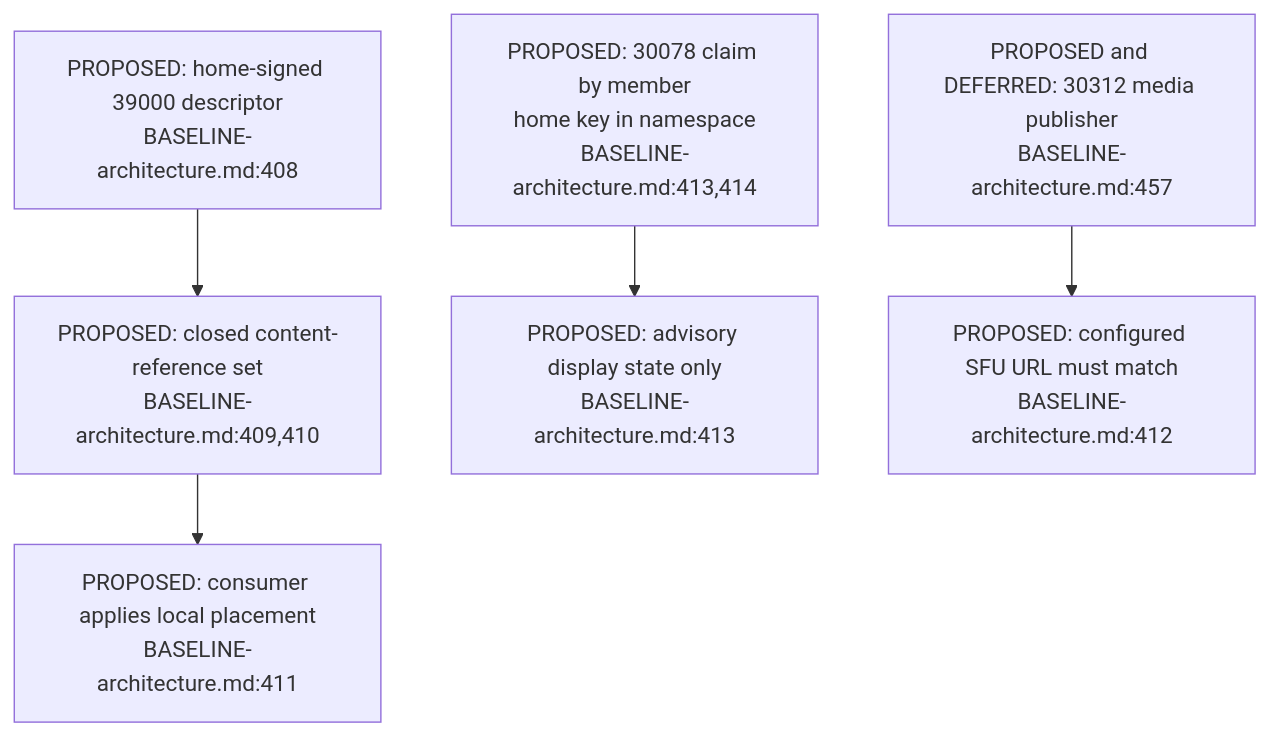
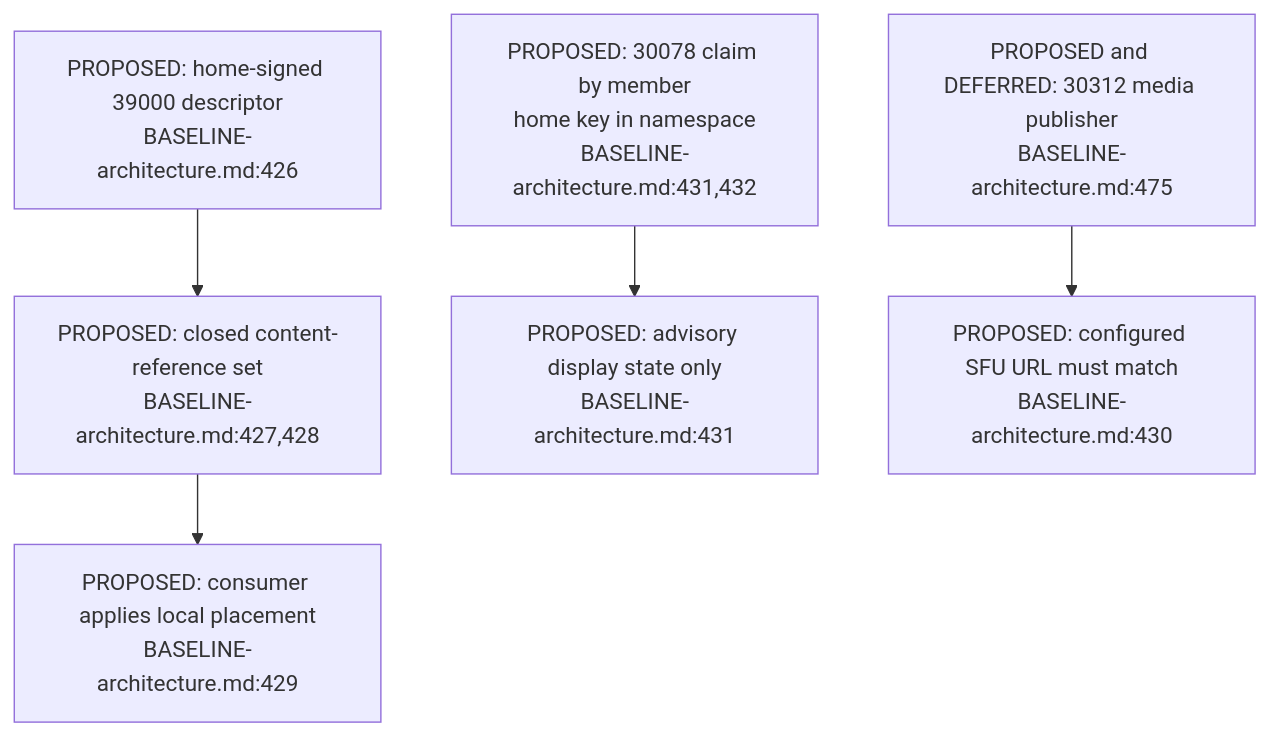
Before and after one commit to DreamLab-AI/VisionFlow: the third of 3 diagrams in docs/diagrams/nostr-rust-forum/14-proposed-group-replication-and-spaces.md, drawn with Mermaid. The commit also changed other lines of this file and 23 other files, not shown here.

First line of the commit message:
docs(diagrams): pass C nostr-rust-forum area re-verified at de31aaa

````diff
--- a/docs/diagrams/nostr-rust-forum/14-proposed-group-replication-and-spaces.md
+++ b/docs/diagrams/nostr-rust-forum/14-proposed-group-replication-and-spaces.md
@@ -53,7 +53,7 @@
 ```mermaid
 flowchart TD
-    META["PROPOSED: home-signed 39000 descriptor<br/>BASELINE-architecture.md:408"] --> REFS["PROPOSED: closed content-reference set<br/>BASELINE-architecture.md:409,410"]
-    REFS --> PLACE["PROPOSED: consumer applies local placement<br/>BASELINE-architecture.md:411"]
-    CLAIM["PROPOSED: 30078 claim by member<br/>home key in namespace<br/>BASELINE-architecture.md:413,414"] --> DISPLAY["PROPOSED: advisory display state only<br/>BASELINE-architecture.md:413"]
-    VOICE["PROPOSED and DEFERRED: 30312 media publisher<br/>BASELINE-architecture.md:457"] --> URL["PROPOSED: configured SFU URL must match<br/>BASELINE-architecture.md:412"]
+    META["PROPOSED: home-signed 39000 descriptor<br/>BASELINE-architecture.md:426"] --> REFS["PROPOSED: closed content-reference set<br/>BASELINE-architecture.md:427,428"]
+    REFS --> PLACE["PROPOSED: consumer applies local placement<br/>BASELINE-architecture.md:429"]
+    CLAIM["PROPOSED: 30078 claim by member<br/>home key in namespace<br/>BASELINE-architecture.md:431,432"] --> DISPLAY["PROPOSED: advisory display state only<br/>BASELINE-architecture.md:431"]
+    VOICE["PROPOSED and DEFERRED: 30312 media publisher<br/>BASELINE-architecture.md:475"] --> URL["PROPOSED: configured SFU URL must match<br/>BASELINE-architecture.md:430"]
 ```
````
